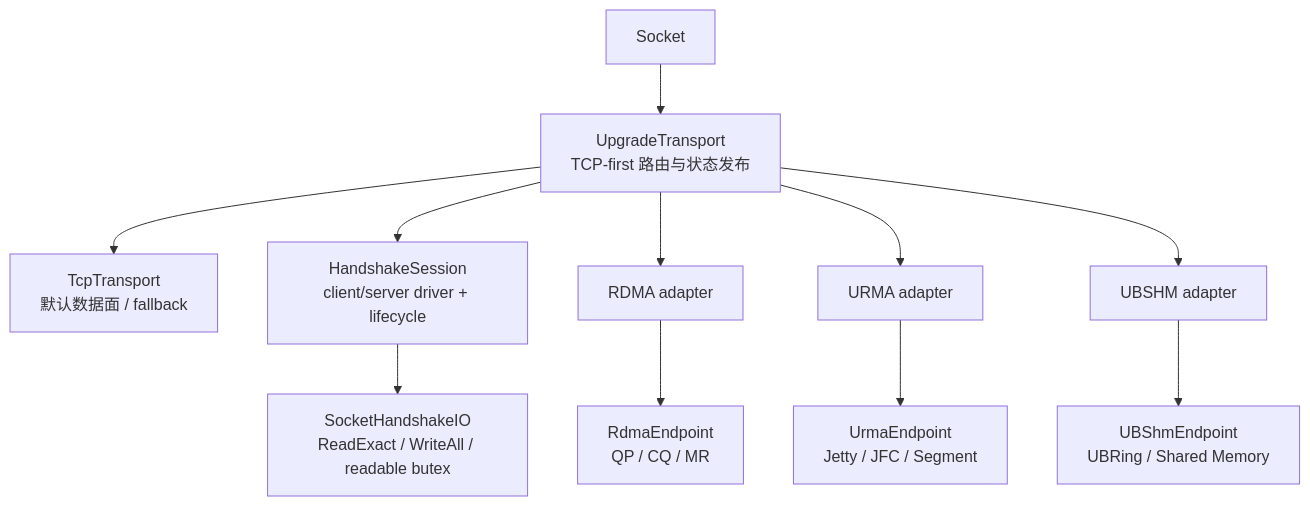
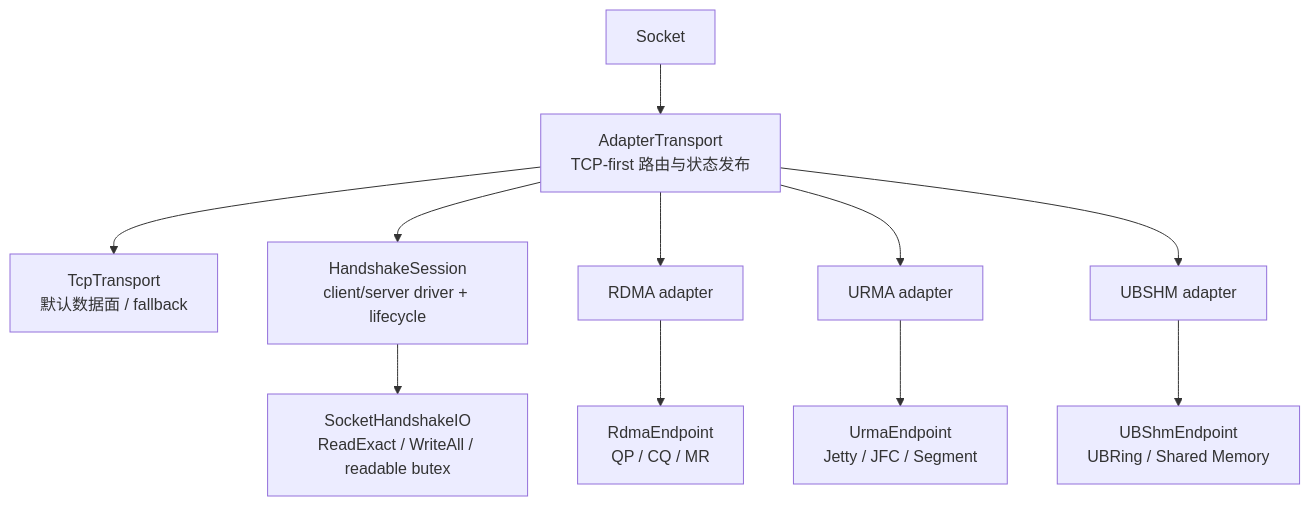
Before and after one commit to LinQuickDev/brpc: the first of 5 diagrams in docs/cn/handshake_common_design.md, drawn with Mermaid. The commit also changed other lines of this file and 23 other files, not shown here.

````diff
--- a/docs/cn/handshake_common_design.md
+++ b/docs/cn/handshake_common_design.md
@@ -129,13 +132,13 @@
 ```mermaid
 flowchart TB
-    S["Socket"] --> UT["UpgradeTransport\nTCP-first 路由与状态发布"]
+    S["Socket"] --> UT["AdapterTransport\nTCP-first 路由与状态发布"]
     UT --> TCP["TcpTransport\n默认数据面 / fallback"]
     UT --> HS["HandshakeSession\nclient/server driver + lifecycle"]
     HS --> IO["SocketHandshakeIO\nReadExact / WriteAll / readable butex"]
     UT --> RA["RDMA adapter"]
     UT --> UA["URMA adapter"]
     UT --> BA["UBSHM adapter"]
     RA --> RE["RdmaEndpoint\nQP / CQ / MR"]
     UA --> UE["UrmaEndpoint\nJetty / JFC / Segment"]
     BA --> BE["UBShmEndpoint\nUBRing / Shared Memory"]
 ```
````
